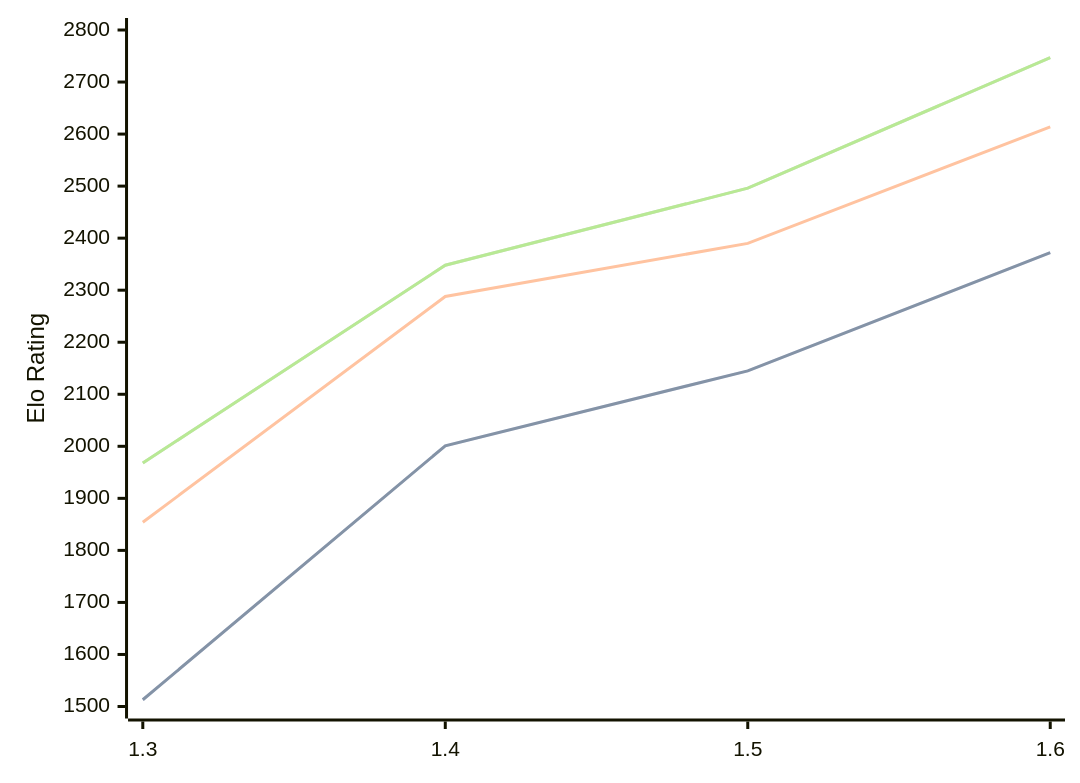
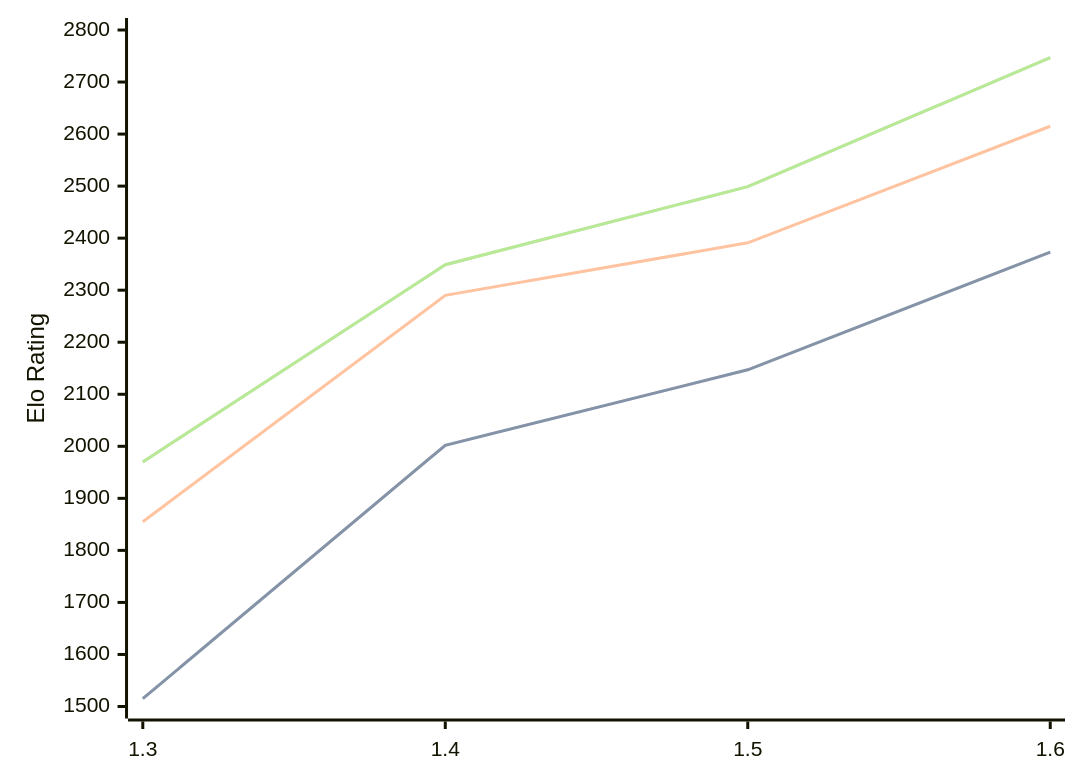
The diagram in engines/Facon.md (computer-chess-index/cci), drawn with Mermaid before and after one commit. The commit also changed other lines of this file, not shown here.

Commit message:
Update CCI Ratings (ELO VLTC) - 2026-08-26

````diff
--- a/engines/Facon.md
+++ b/engines/Facon.md
@@ -35,11 +35,11 @@
 ```mermaid
 %%{init: {"theme":"base","themeVariables":{"seriesColors:['#a3a3a3','#222221','#faa371']}}}%%
 xychart-beta
   x-axis ["1.3", "1.4", "1.5", "1.6"]
   y-axis "Elo Rating" 1500 --> 2800
-  line "STC (8.0+0.08s)" [1513, 2001, 2145, 2372]
-  line "STC (8.0+0.08s)" [1513, 2001, 2145, 2372]
-  line "LTC (60.0+0.60s)" [1854, 2288, 2390, 2614]
-  line "VLTC (2m24s+1.12s)" [1968, 2348, 2496, 2747]
-  line "VLTC (2m24s+1.12s)" [1968, 2348, 2496, 2747]
+  line "STC (8.0+0.08s)" [1515, 2002, 2147, 2373]
+  line "STC (8.0+0.08s)" [1515, 2002, 2147, 2373]
+  line "LTC (60.0+0.60s)" [1855, 2290, 2391, 2615]
+  line "VLTC (2m24s+1.12s)" [1970, 2349, 2499, 2747]
+  line "VLTC (2m24s+1.12s)" [1970, 2349, 2499, 2747]
 ```
````
